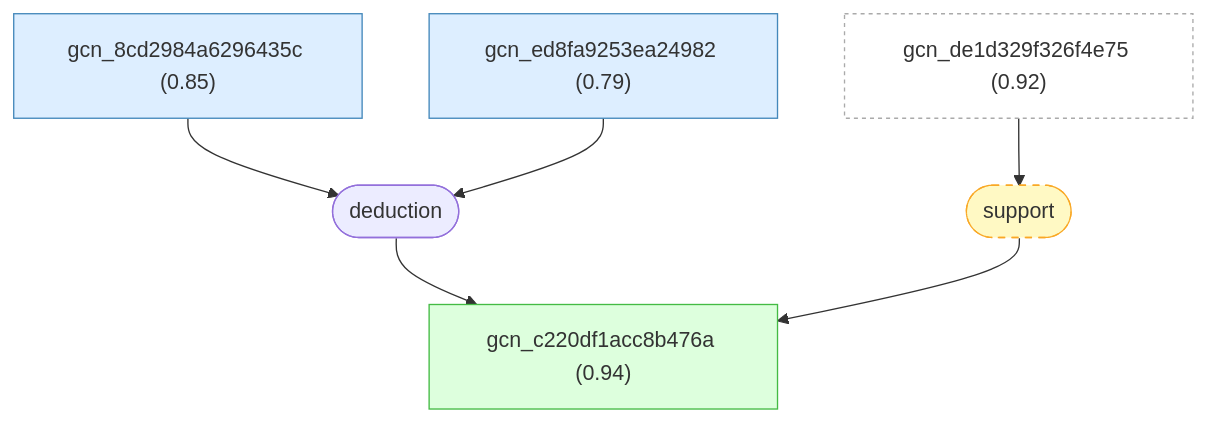
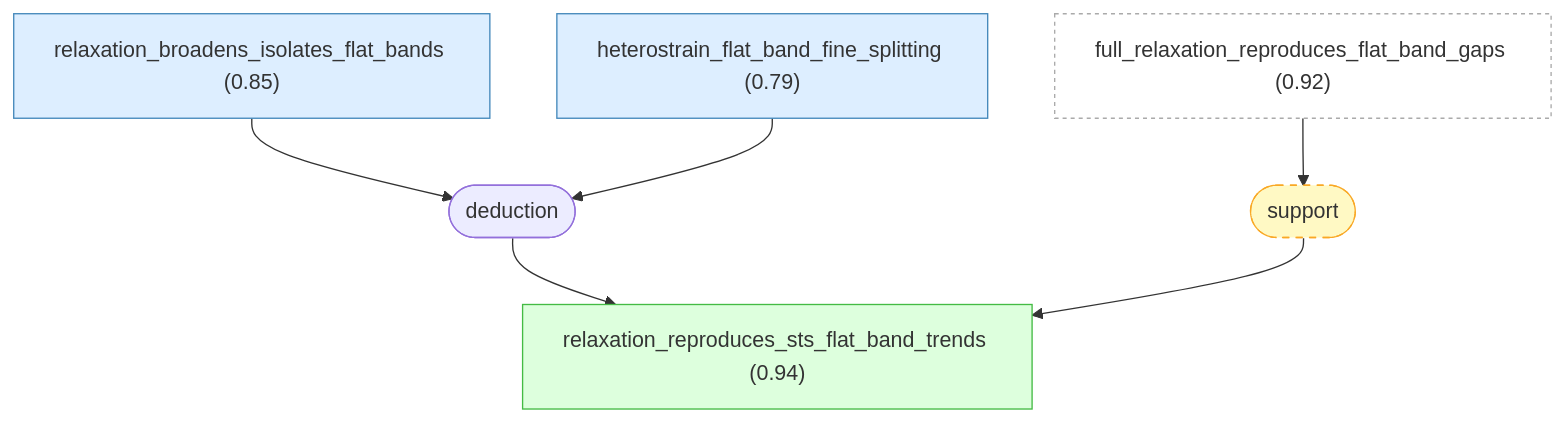
Before and after one commit to Callo42/tbg-magic-angle-gaia: the seventh of 10 diagrams in docs/detailed-reasoning.md, drawn with Mermaid. The commit also changed other lines of this file and 33 other files, not shown here.

````diff
--- a/docs/detailed-reasoning.md
+++ b/docs/detailed-reasoning.md
@@ -617,24 +615,24 @@
 ```mermaid
 graph TD
-    gcn_8cd2984a6296435c["gcn_8cd2984a6296435c (0.85)"]:::premise
-    gcn_ed8fa9253ea24982["gcn_ed8fa9253ea24982 (0.79)"]:::premise
-    gcn_c220df1acc8b476a["gcn_c220df1acc8b476a (0.94)"]:::derived
-    gcn_de1d329f326f4e75["gcn_de1d329f326f4e75 (0.92)"]:::external
+    relaxation_broadens_isolates_flat_bands["relaxation_broadens_isolates_flat_bands (0.85)"]:::premise
+    heterostrain_flat_band_fine_splitting["heterostrain_flat_band_fine_splitting (0.79)"]:::premise
+    relaxation_reproduces_sts_flat_band_trends["relaxation_reproduces_sts_flat_band_trends (0.94)"]:::derived
+    full_relaxation_reproduces_flat_band_gaps["full_relaxation_reproduces_flat_band_gaps (0.92)"]:::external
     strat_6(["deduction"])
-    gcn_8cd2984a6296435c --> strat_6
-    gcn_ed8fa9253ea24982 --> strat_6
-    strat_6 --> gcn_c220df1acc8b476a
+    relaxation_broadens_isolates_flat_bands --> strat_6
+    heterostrain_flat_band_fine_splitting --> strat_6
+    strat_6 --> relaxation_reproduces_sts_flat_band_trends
     strat_16(["support"]):::weak
-    gcn_de1d329f326f4e75 --> strat_16
-    strat_16 --> gcn_c220df1acc8b476a
+    full_relaxation_reproduces_flat_band_gaps --> strat_16
+    strat_16 --> relaxation_reproduces_sts_flat_band_trends
 
     classDef setting fill:#f0f0f0,stroke:#999,color:#333
     classDef premise fill:#ddeeff,stroke:#4488bb,color:#333
     classDef derived fill:#ddffdd,stroke:#44bb44,color:#333
     classDef question fill:#fff3dd,stroke:#cc9944,color:#333
     classDef background fill:#f5f5f5,stroke:#bbb,stroke-dasharray: 5 5,color:#333
     classDef orphan fill:#fff,stroke:#ccc,stroke-dasharray: 5 5,color:#333
     classDef external fill:#fff,stroke:#aaa,stroke-dasharray: 3 3,color:#333
     classDef weak fill:#fff9c4,stroke:#f9a825,stroke-dasharray: 5 5,color:#333
     classDef contra fill:#ffebee,stroke:#c62828,color:#333
 ```
````
